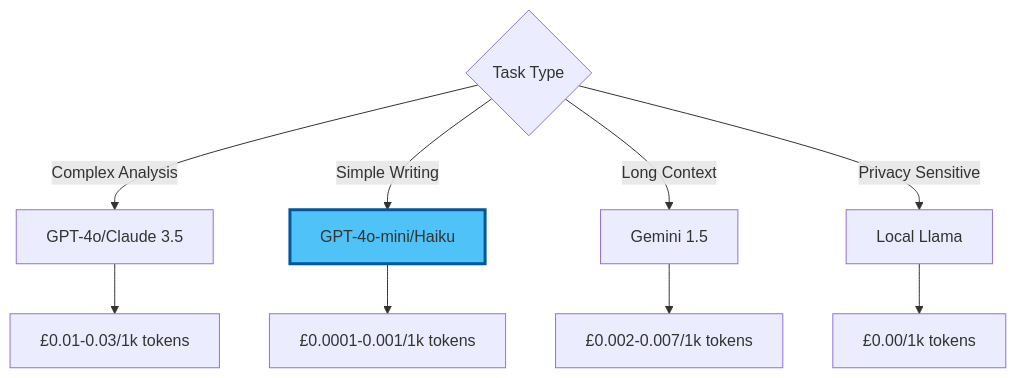
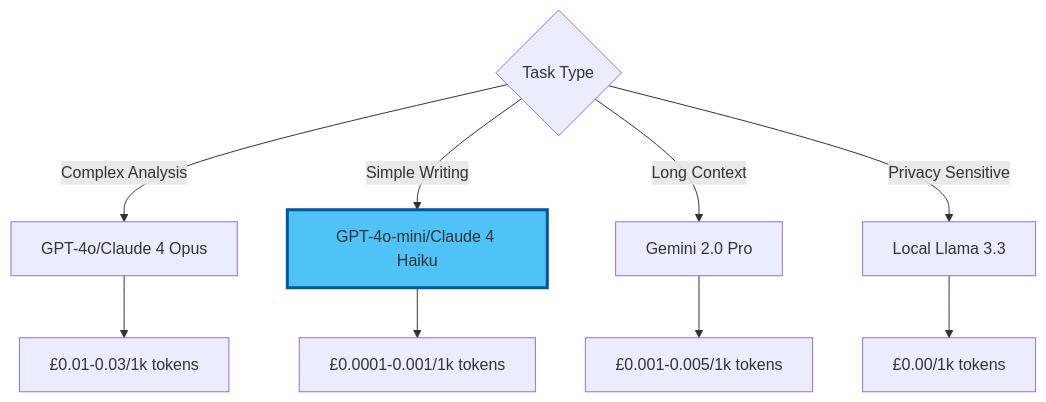
Before and after one commit to DreamLab-AI/dreamlab-ai-website: the tenth of 11 diagrams in public/data/workshops/workshop-02-morning-ai-api-access/01_concepts.md, drawn with Mermaid. The commit also changed other lines of this file and 34 other files, not shown here.

````diff
--- a/public/data/workshops/workshop-02-morning-ai-api-access/01_concepts.md
+++ b/public/data/workshops/workshop-02-morning-ai-api-access/01_concepts.md
@@ -298,14 +308,14 @@
 ```mermaid
 graph TD
-    Task{Task Type} -->|Complex Analysis| Expensive[GPT-4o/Claude 3.5]
-    Task -->|Simple Writing| Cheap[GPT-4o-mini/Haiku]
-    Task -->|Long Context| Efficient[Gemini 1.5]
-    Task -->|Privacy Sensitive| Free[Local Llama]
-    
+    Task{Task Type} -->|Complex Analysis| Expensive[GPT-4o/Claude 4 Opus]
+    Task -->|Simple Writing| Cheap[GPT-4o-mini/Claude 4 Haiku]
+    Task -->|Long Context| Efficient[Gemini 2.0 Pro]
+    Task -->|Privacy Sensitive| Free[Local Llama 3.3]
+
     Expensive --> E1[£0.01-0.03/1k tokens]
     Cheap --> C1[£0.0001-0.001/1k tokens]
-    Efficient --> F1[£0.002-0.007/1k tokens]
+    Efficient --> F1[£0.001-0.005/1k tokens]
     Free --> F2[£0.00/1k tokens]
     
     style Cheap fill:#4fc3f7,stroke:#01579b,stroke-width:3px
 ```
````
